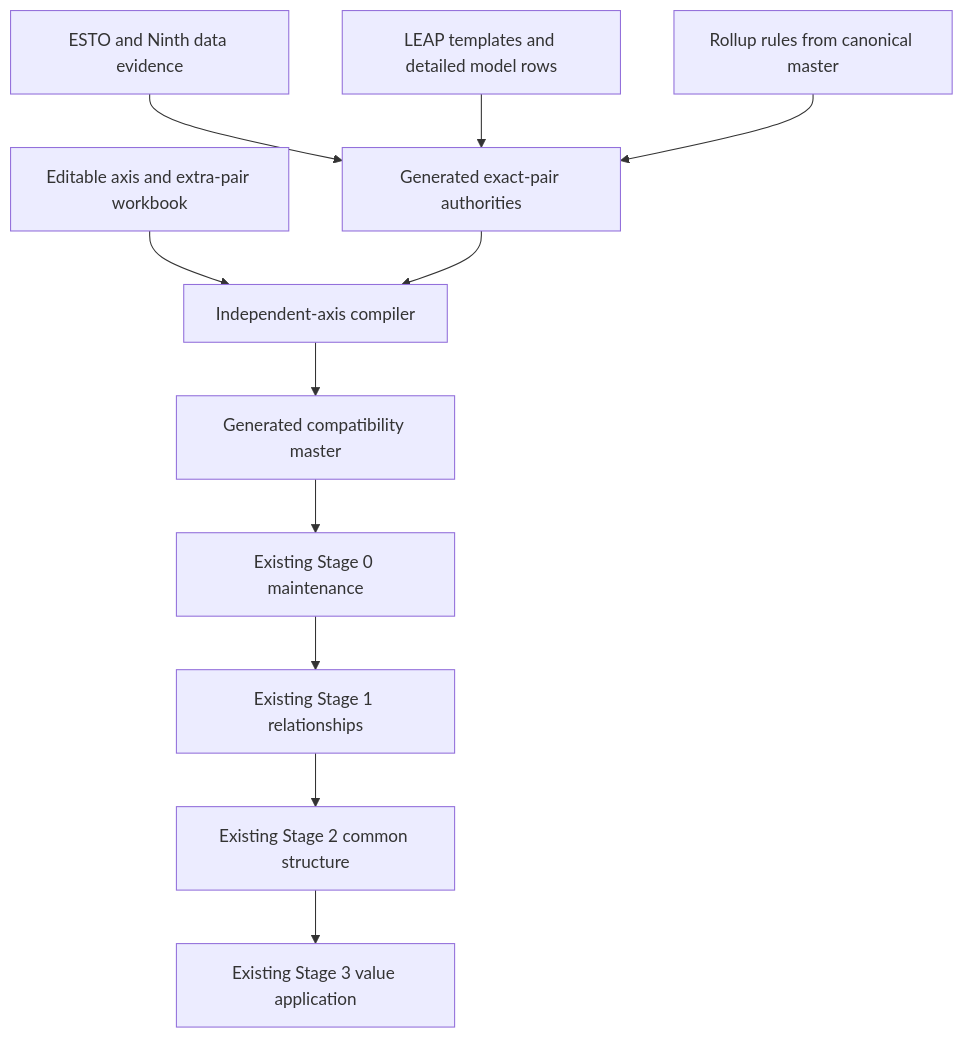
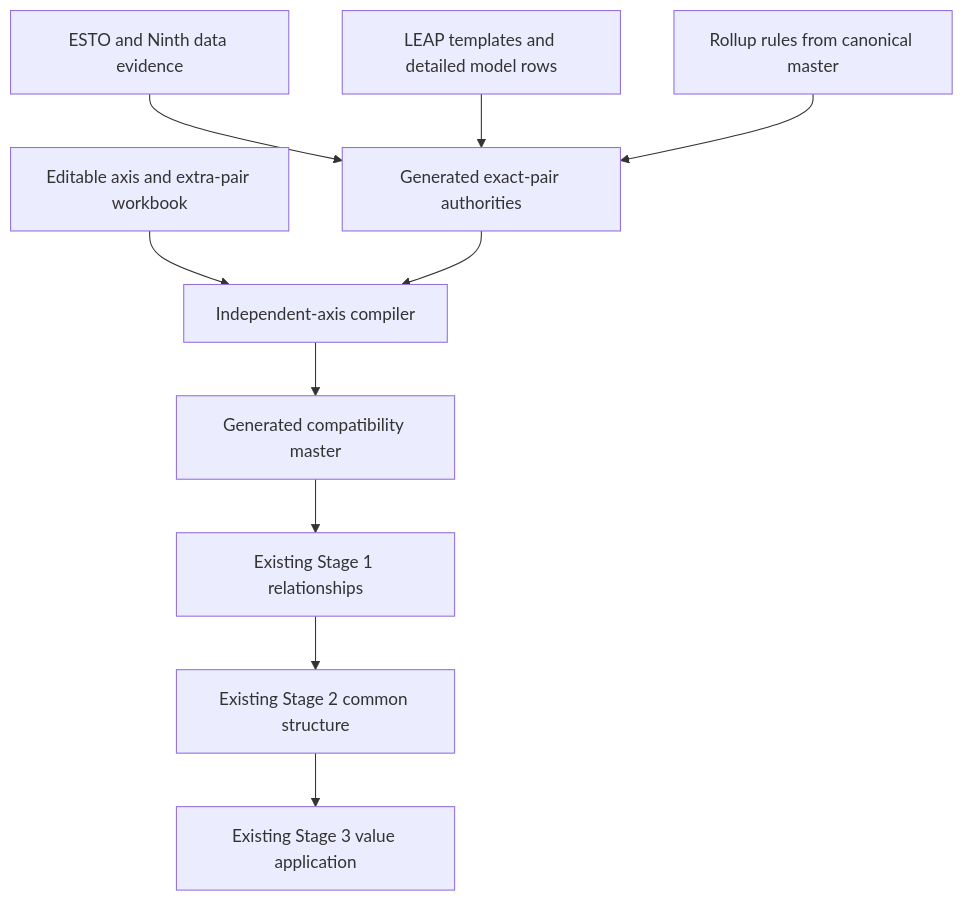
Before and after one commit to asia-pacific-energy-research-centre/leap_mappings: the diagram in docs/separate_axis_mapping_pipeline.md, drawn with Mermaid. The commit also changed other lines of this file and 28 other files, not shown here.

````diff
--- a/docs/separate_axis_mapping_pipeline.md
+++ b/docs/separate_axis_mapping_pipeline.md
@@ -115,22 +116,21 @@
 ```mermaid
 flowchart TD
     E["Editable axis and extra-pair workbook"]
     D["ESTO and Ninth data evidence"]
     L["LEAP templates and detailed model rows"]
     R["Rollup rules from canonical master"]
     P["Generated exact-pair authorities"]
     C["Independent-axis compiler"]
     G["Generated compatibility master"]
-    S0["Existing Stage 0 maintenance"]
     S1["Existing Stage 1 relationships"]
     S2["Existing Stage 2 common structure"]
     S3["Existing Stage 3 value application"]
 
     D --> P
     L --> P
     R --> P
     E --> C
     P --> C
     C --> G
-    G --> S0 --> S1 --> S2 --> S3
+    G --> S1 --> S2 --> S3
 ```
````
